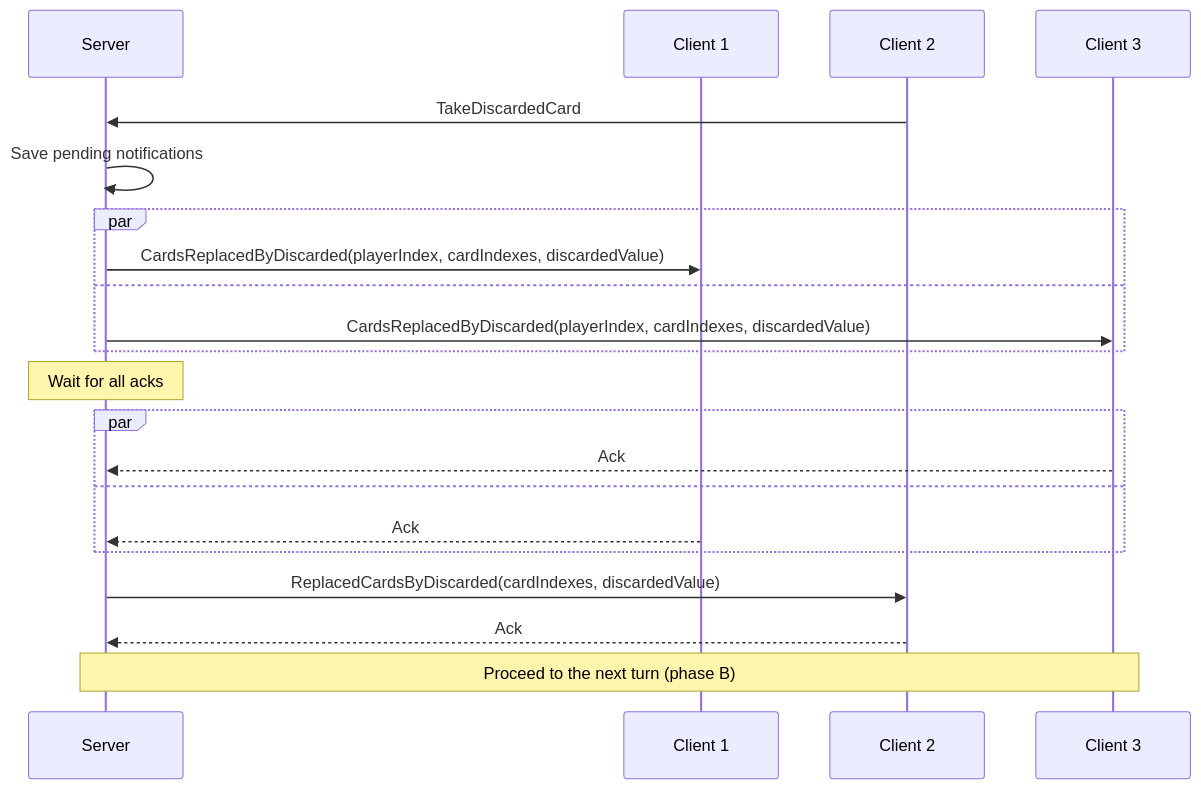
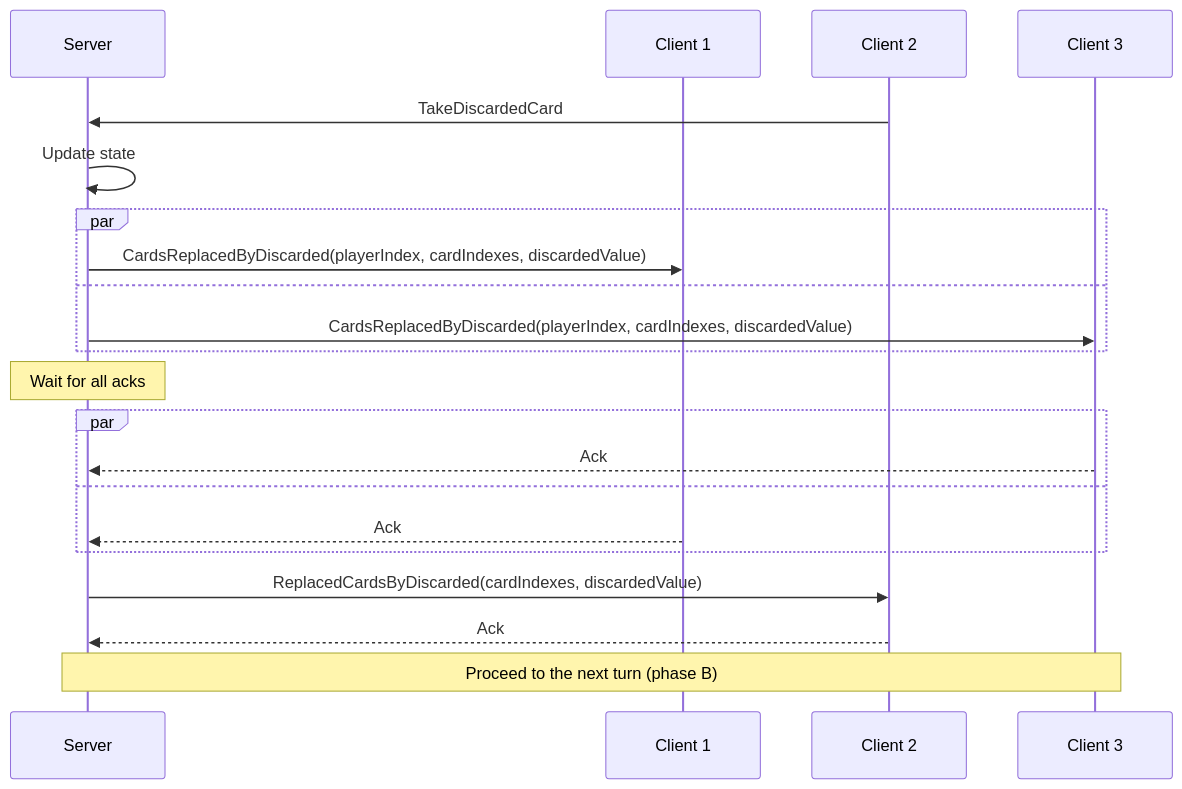
Before and after one commit to roman-zubarevich/another: diagram 15 of 15 in README.md, drawn with Mermaid. The commit also changed other lines of this file, not shown here.

Commit message:
adjust readme

````diff
--- a/README.md
+++ b/README.md
@@ -452,23 +452,23 @@
 ```mermaid
 sequenceDiagram
     participant S as Server
     participant C1 as Client 1
     participant C2 as Client 2
     participant C3 as Client 3
     C2->>S: TakeDiscardedCard
-    S->>S: Save pending notifications
+    S->>S: Update state
     par
         S->>C1: CardsReplacedByDiscarded(playerIndex, cardIndexes, discardedValue)
     and
         S->>C3: CardsReplacedByDiscarded(playerIndex, cardIndexes, discardedValue)
     end
     Note over S: Wait for all acks
     par
         C3-->>S: Ack
     and
         C1-->>S: Ack
     end
     S->>C2: ReplacedCardsByDiscarded(cardIndexes, discardedValue)
     C2-->>S: Ack
     Note over S,C3: Proceed to the next turn (phase B)
 ```
````
